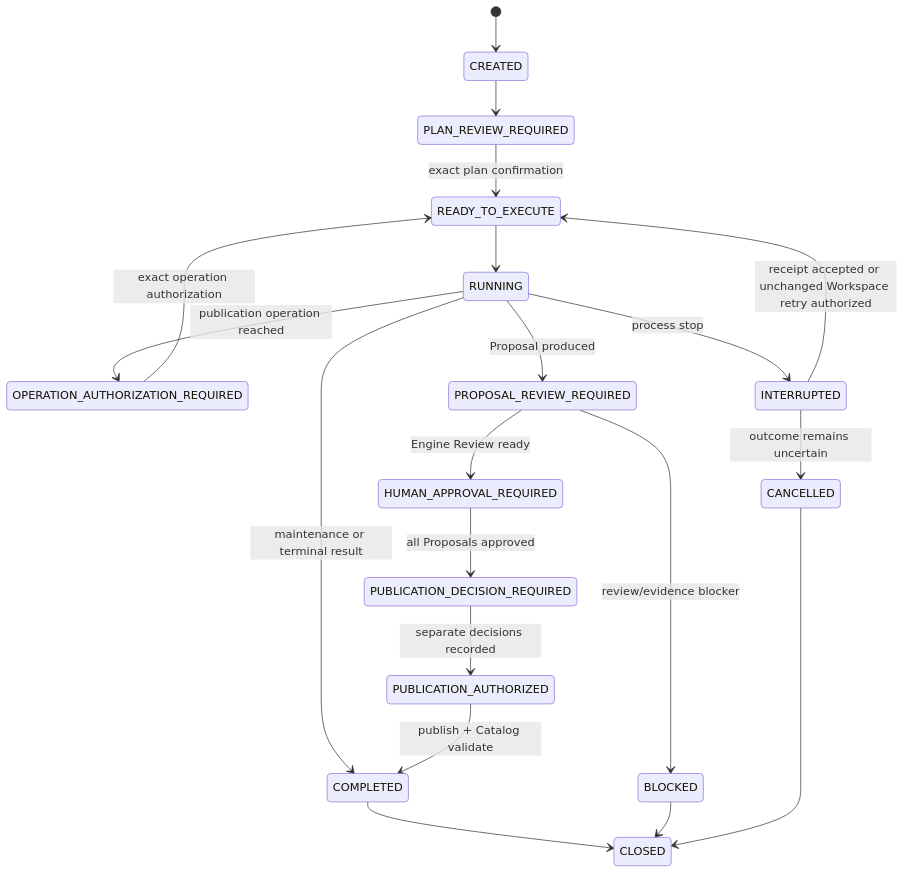
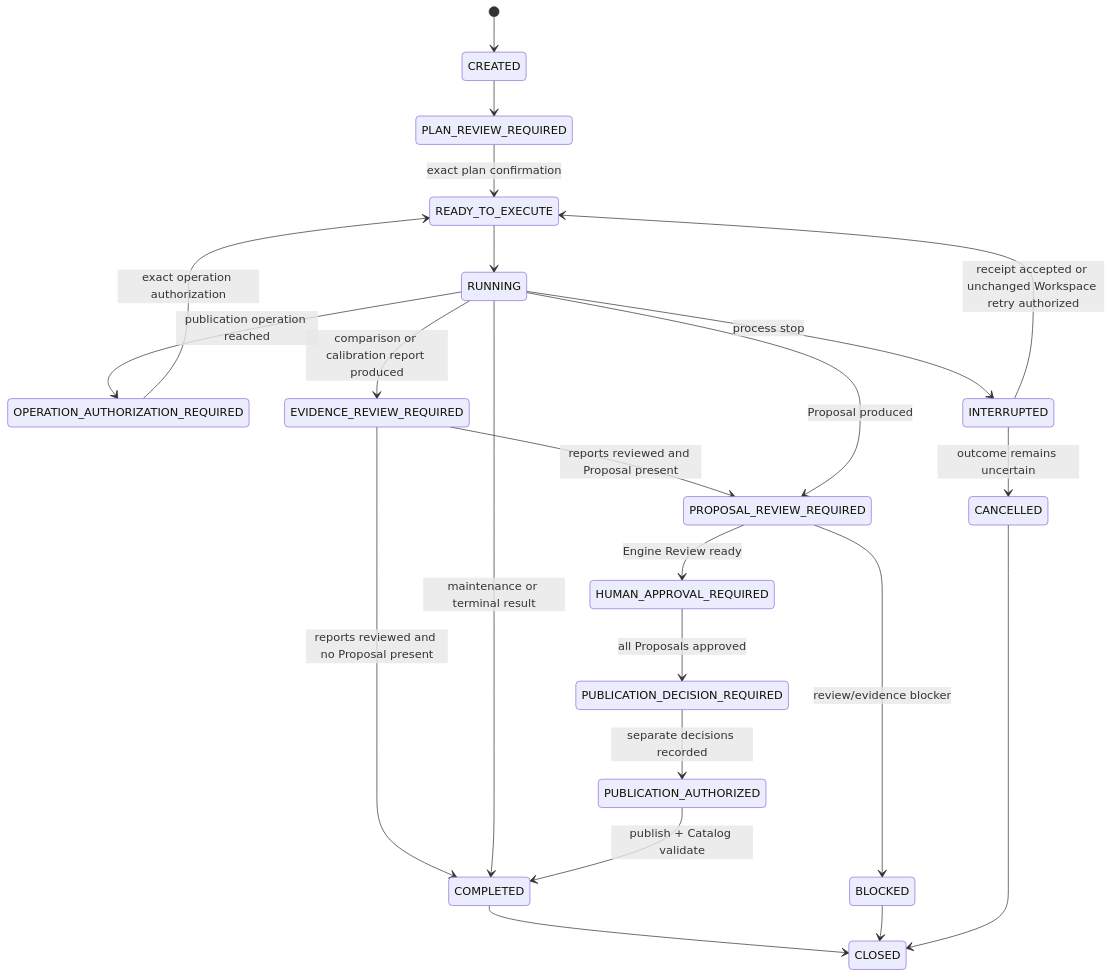
Before and after one commit to yeliang-wang/evopilot-harness: the diagram in docs/agent/session-protocol.md, drawn with Mermaid. The commit also changed other lines of this file and 85 other files, not shown here.

````diff
--- a/docs/agent/session-protocol.md
+++ b/docs/agent/session-protocol.md
@@ -24,22 +24,25 @@
 ```mermaid
 stateDiagram-v2
   [*] --> CREATED
   CREATED --> PLAN_REVIEW_REQUIRED
   PLAN_REVIEW_REQUIRED --> READY_TO_EXECUTE: exact plan confirmation
   READY_TO_EXECUTE --> RUNNING
   RUNNING --> OPERATION_AUTHORIZATION_REQUIRED: publication operation reached
   OPERATION_AUTHORIZATION_REQUIRED --> READY_TO_EXECUTE: exact operation authorization
+  RUNNING --> EVIDENCE_REVIEW_REQUIRED: comparison or calibration report produced
+  EVIDENCE_REVIEW_REQUIRED --> PROPOSAL_REVIEW_REQUIRED: reports reviewed and Proposal present
+  EVIDENCE_REVIEW_REQUIRED --> COMPLETED: reports reviewed and no Proposal present
   RUNNING --> PROPOSAL_REVIEW_REQUIRED: Proposal produced
   RUNNING --> COMPLETED: maintenance or terminal result
   RUNNING --> INTERRUPTED: process stop
   INTERRUPTED --> READY_TO_EXECUTE: receipt accepted or unchanged Workspace retry authorized
   INTERRUPTED --> CANCELLED: outcome remains uncertain
   PROPOSAL_REVIEW_REQUIRED --> HUMAN_APPROVAL_REQUIRED: Engine Review ready
   PROPOSAL_REVIEW_REQUIRED --> BLOCKED: review/evidence blocker
   HUMAN_APPROVAL_REQUIRED --> PUBLICATION_DECISION_REQUIRED: all Proposals approved
   PUBLICATION_DECISION_REQUIRED --> PUBLICATION_AUTHORIZED: separate decisions recorded
   PUBLICATION_AUTHORIZED --> COMPLETED: publish + Catalog validate
   COMPLETED --> CLOSED
   BLOCKED --> CLOSED
   CANCELLED --> CLOSED
 ```
````
